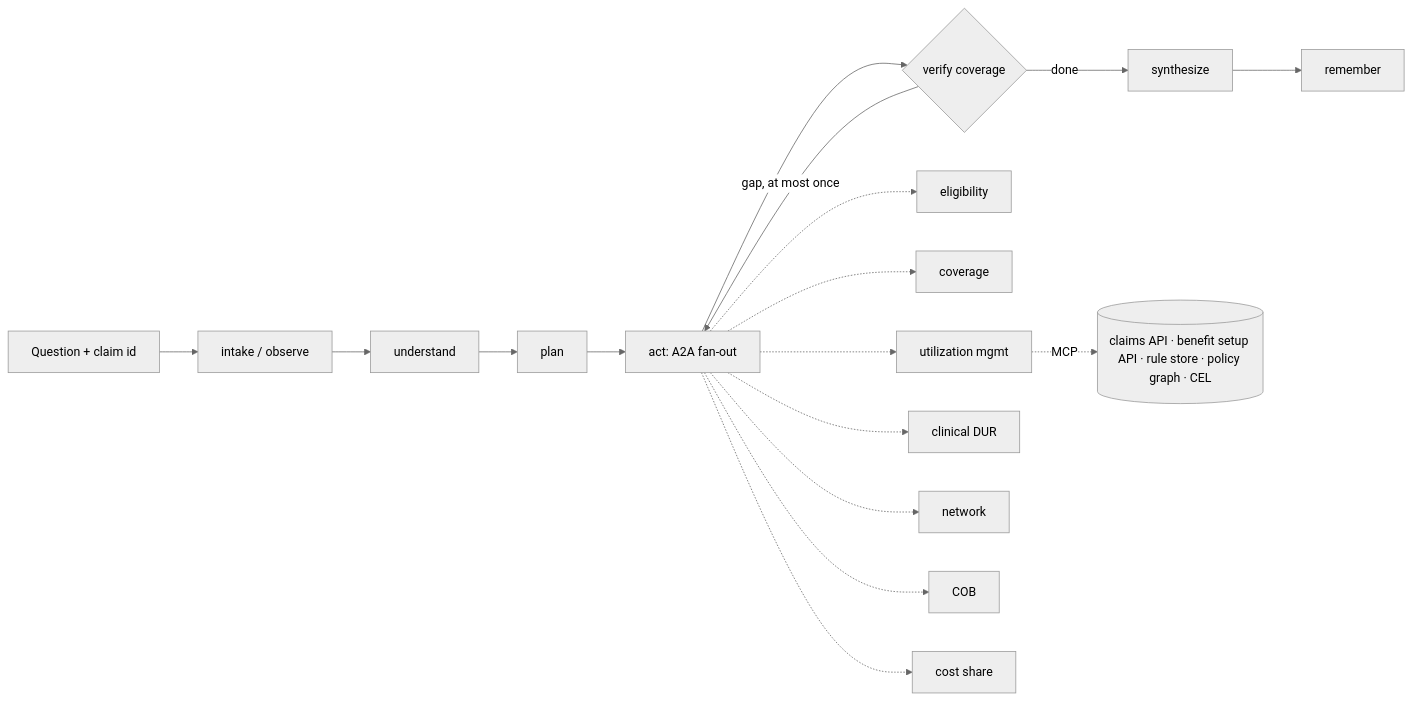
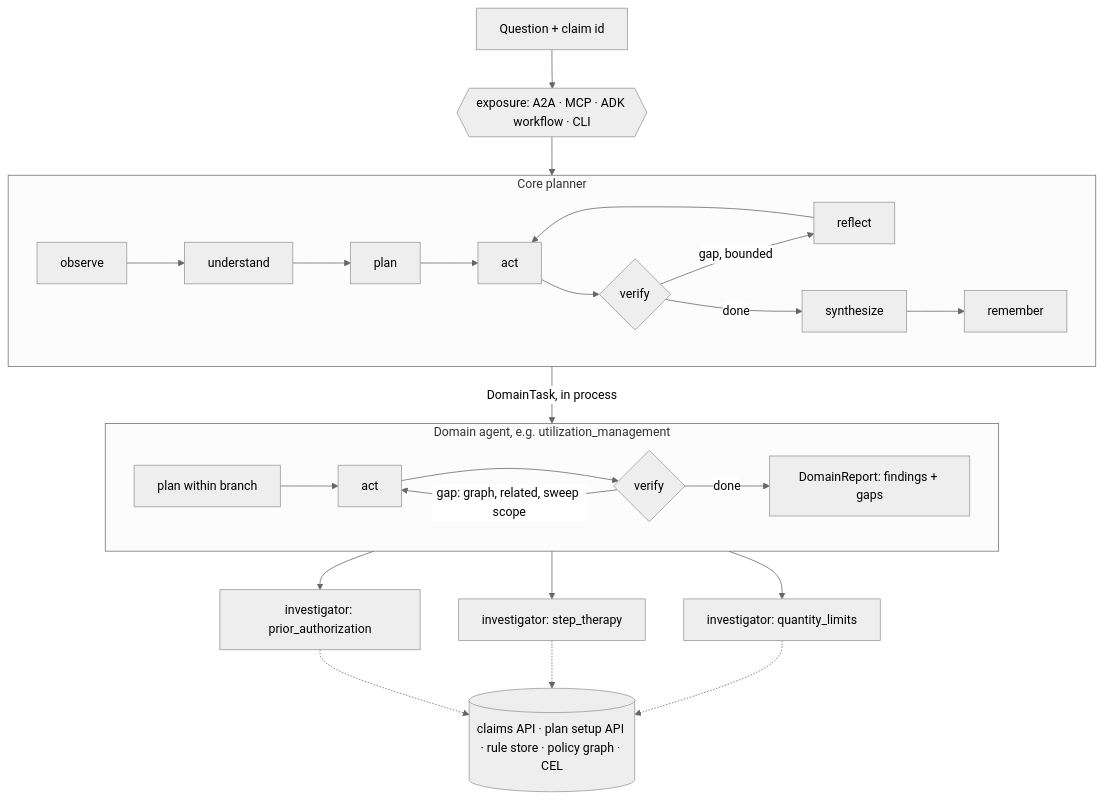
The diagram in docs/agent-system.md (Satveerskhaira/madhava-ai), drawn with Mermaid (neutral theme) before and after one commit. The commit also changed other lines of this file and 2 other files, not shown here.

First line of the commit message:
Docs: rewrite agent-system.md and update architecture page for the kernel split

````diff
--- a/docs/agent-system.md
+++ b/docs/agent-system.md
@@ -26,13 +30,20 @@
 ```mermaid
-flowchart LR
-  Q[Question + claim id] --> I[intake / observe]
-  I --> U[understand]
-  U --> P[plan]
-  P --> A[act: A2A fan-out]
-  A --> V{verify coverage}
-  V -- gap, at most once --> A
-  V -- done --> S[synthesize]
-  S --> R[remember]
-  A -.-> D1[eligibility] & D2[coverage] & D3[utilization mgmt] & D4[clinical DUR] & D5[network] & D6[COB] & D7[cost share]
-  D3 -.MCP.-> T[(claims API · benefit setup API · rule store · policy graph · CEL)]
+flowchart TB
+  Q[Question + claim id] --> X{{exposure: A2A · MCP · ADK workflow · CLI}}
+  X --> C
+  subgraph C[Core planner]
+    direction LR
+    co[observe] --> cu[understand] --> cp[plan] --> ca[act] --> cv{verify}
+    cv -- gap, bounded --> cr[reflect] --> ca
+    cv -- done --> cs[synthesize] --> cm[remember]
+  end
+  ca -- DomainTask, in process --> DA
+  subgraph DA[Domain agent, e.g. utilization_management]
+    direction LR
+    dp[plan within branch] --> dact[act] --> dv{verify}
+    dv -- gap: graph, related, sweep scope --> dact
+    dv -- done --> ds[DomainReport: findings + gaps]
+  end
+  dact --> I1[investigator: prior_authorization] & I2[investigator: step_therapy] & I3[investigator: quantity_limits]
+  I1 & I2 & I3 -.-> T[(claims API · plan setup API · rule store · policy graph · CEL)]
 ```
````
